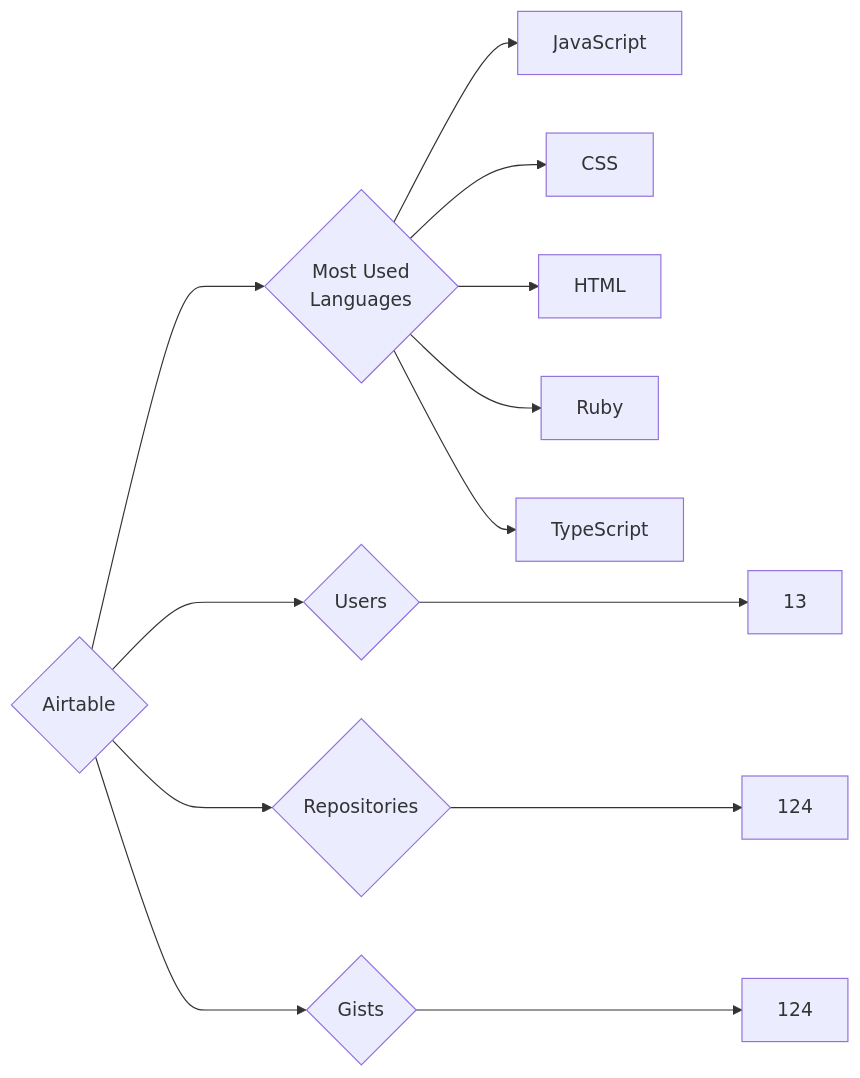
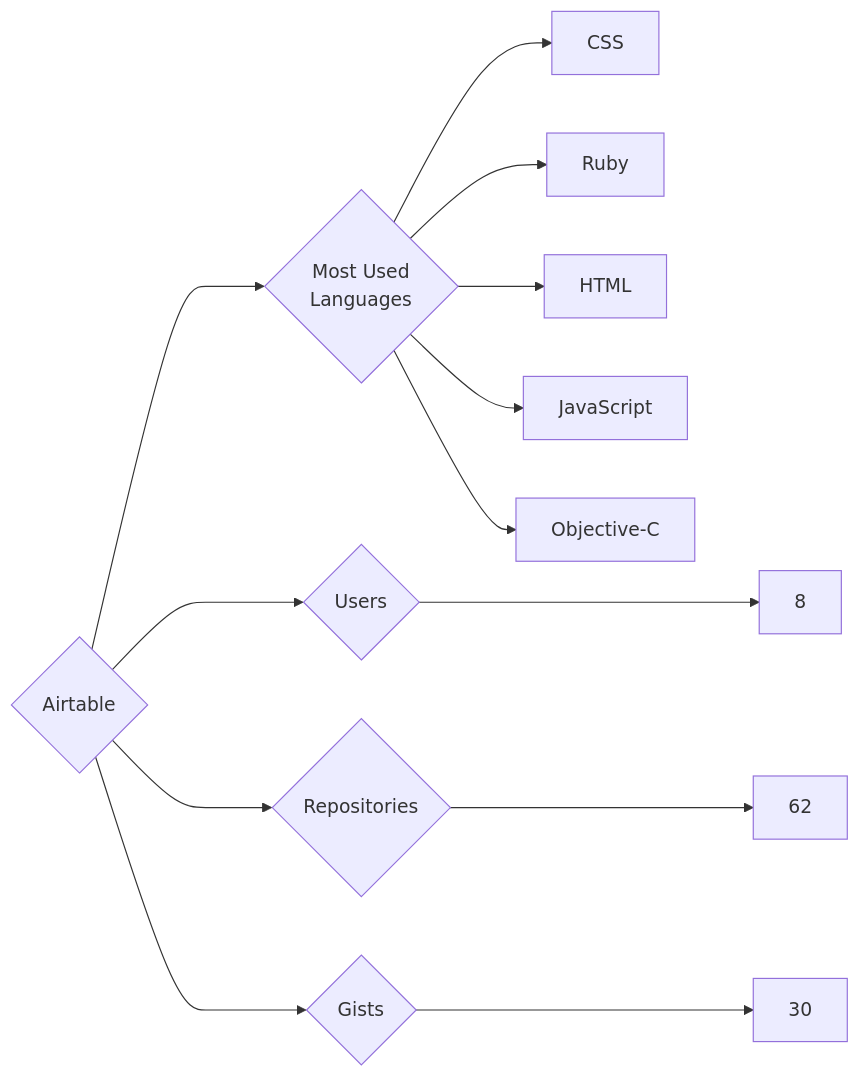
The diagram in targets/Airtable/README.md (trickest/insiders), drawn with Mermaid before and after one commit. The commit also changed 912 other files, not shown here.

````diff
--- a/targets/Airtable/README.md
+++ b/targets/Airtable/README.md
@@ -3,13 +3,13 @@
 ```mermaid
 graph LR
 COMPANY_NAME{Airtable}
-COMPANY_NAME ---> U{Users} ---> UN[13]
-COMPANY_NAME ---> R{Repositories} ---> RN[124]
-COMPANY_NAME ---> G{Gists} ---> GN[124]
+COMPANY_NAME ---> U{Users} ---> UN[8]
+COMPANY_NAME ---> R{Repositories} ---> RN[62]
+COMPANY_NAME ---> G{Gists} ---> GN[30]
 COMPANY_NAME ---> ML{Most Used<br>Languages}
+ML --> CSS[CSS]
+ML --> Ruby[Ruby]
+ML --> HTML[HTML]
 ML --> JavaScript[JavaScript]
-ML --> CSS[CSS]
-ML --> HTML[HTML]
-ML --> Ruby[Ruby]
-ML --> TypeScript[TypeScript]
+ML --> Objective-C[Objective-C]
 ```
````
